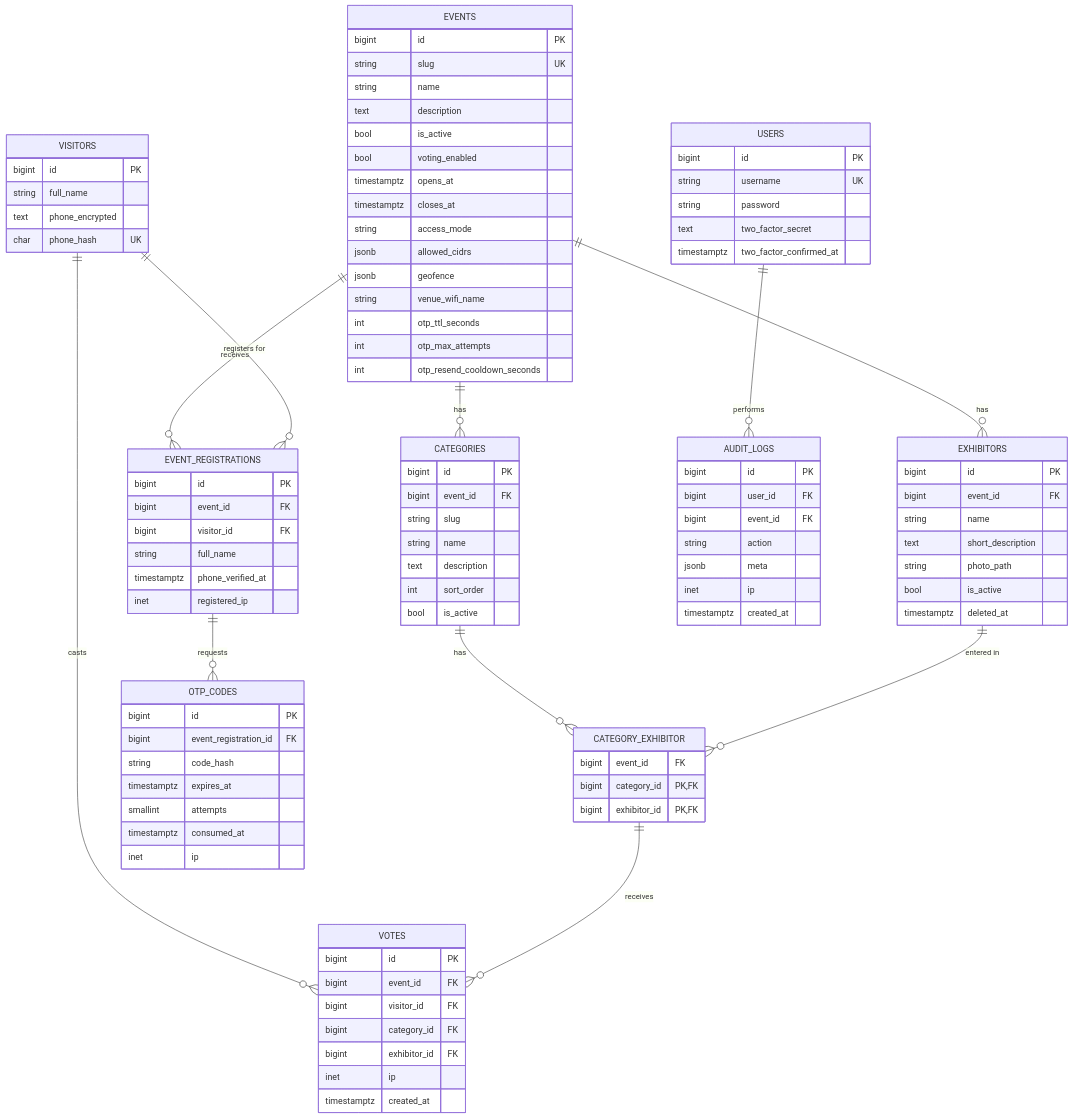
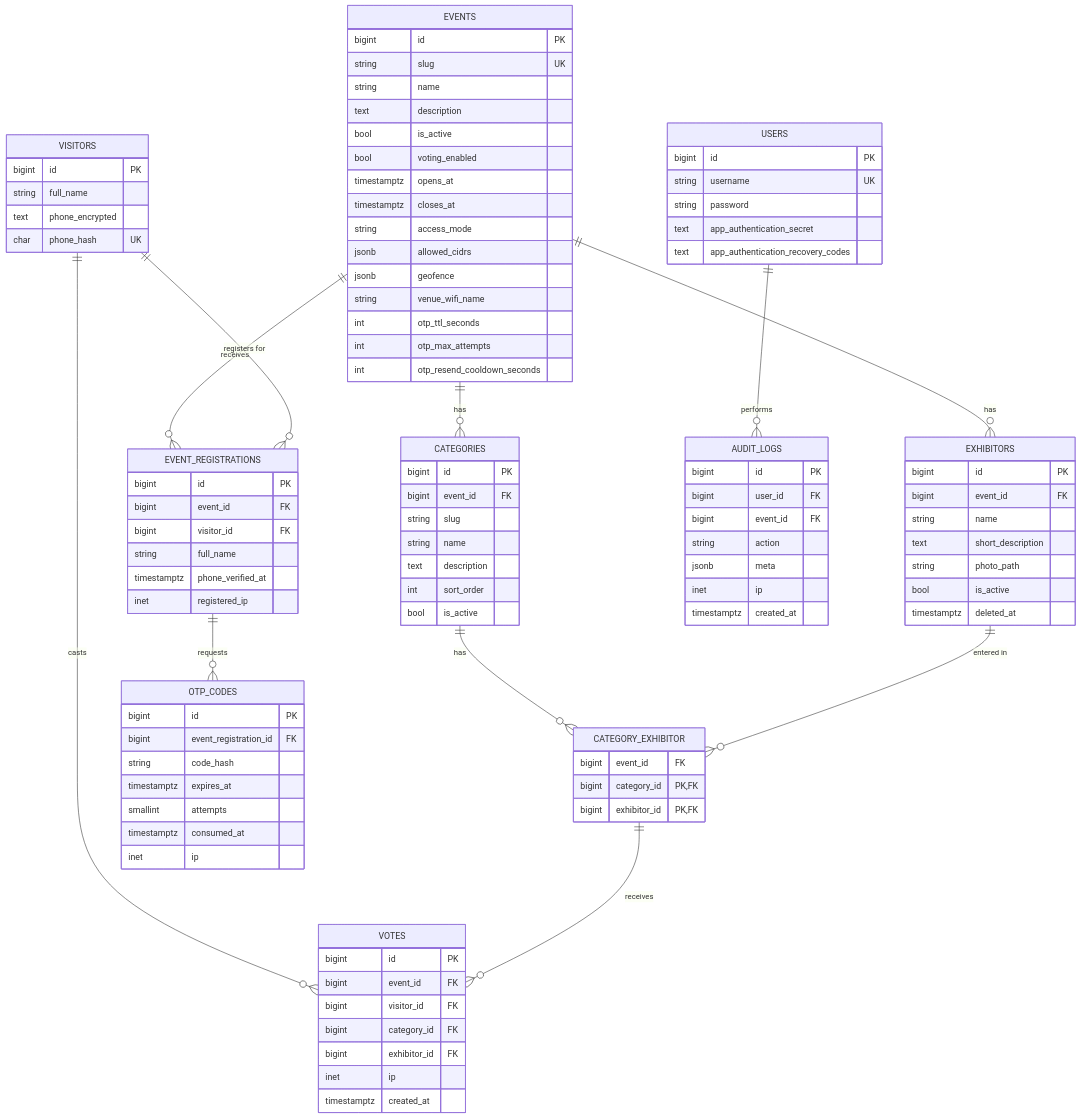
One commit to opadasaleh/mc2026-voting changed the diagram in docs/02-erd.md. Above: the diagram before and after it, drawn with Mermaid. The commit also changed other lines of this file and 13 other files, not shown here.

```diff
--- a/docs/02-erd.md
+++ b/docs/02-erd.md
@@ -106,8 +106,8 @@
         bigint id PK
         string username UK
         string password
-        text two_factor_secret
-        timestamptz two_factor_confirmed_at
+        text app_authentication_secret
+        text app_authentication_recovery_codes
     }
     AUDIT_LOGS {
         bigint id PK
```
